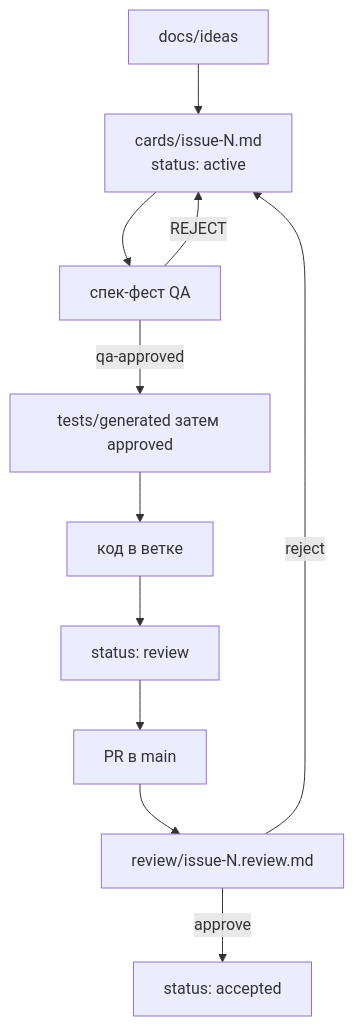
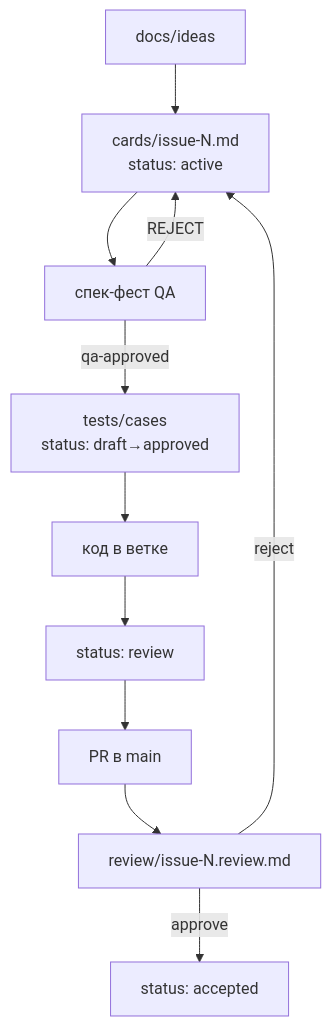
Before and after one commit to Noumen-dev/sdd-kit: the second of 2 diagrams in docs/SDD_WORKFLOW.md, drawn with Mermaid. The commit also changed other lines of this file and 19 other files, not shown here.

First line of the commit message:
docs: единый lifecycle тест-кейсов (tests/cases + status) (v0.3.0) (#5)

````diff
--- a/docs/SDD_WORKFLOW.md
+++ b/docs/SDD_WORKFLOW.md
@@ -89,18 +89,18 @@
 ```mermaid
 flowchart TB
   JTBD[docs/ideas]
   Card["cards/issue-N.md\nstatus: active"]
   SpecFest[спек-фест QA]
-  Tests[tests/generated затем approved]
+  Tests["tests/cases\nstatus: draft→approved"]
   Code[код в ветке]
   PR[PR в main]
   ReviewFile["review/issue-N.review.md"]
   StatusAcc["status: accepted"]
   JTBD --> Card --> SpecFest
   SpecFest -->|REJECT| Card
   SpecFest -->|qa-approved| Tests --> Code
   Code --> StatusReview["status: review"]
   StatusReview --> PR --> ReviewFile
   ReviewFile -->|approve| StatusAcc
   ReviewFile -->|reject| Card
 ```
````
